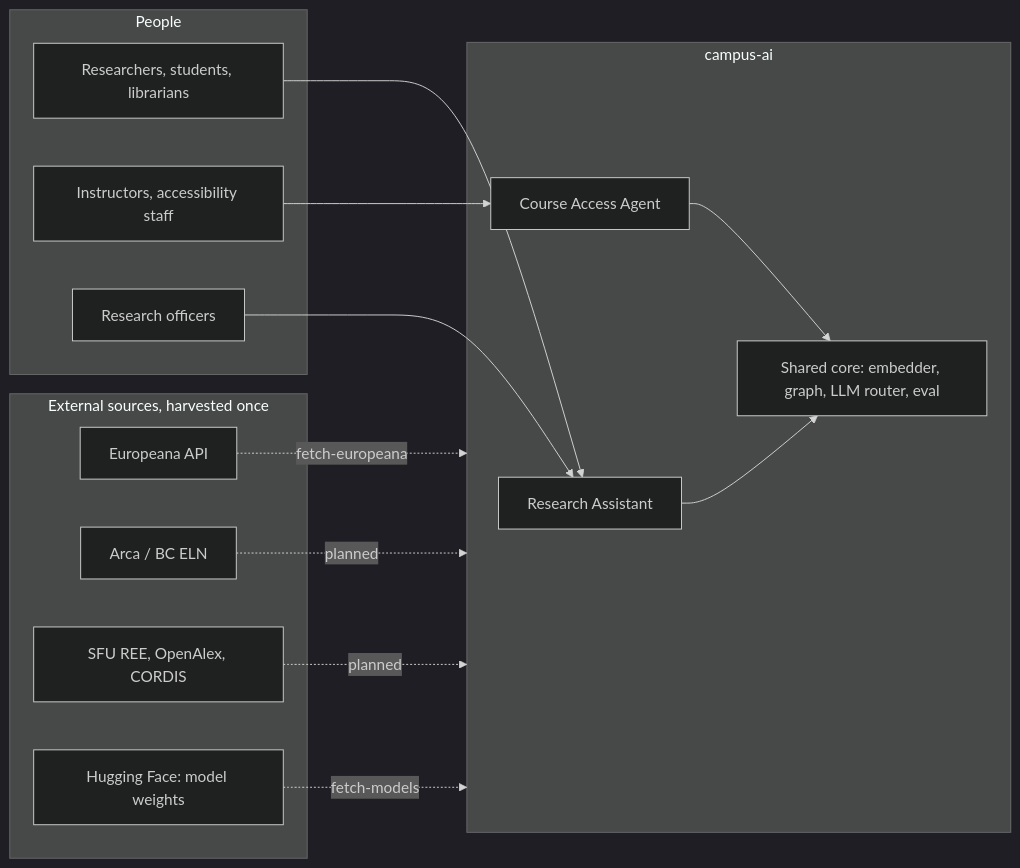
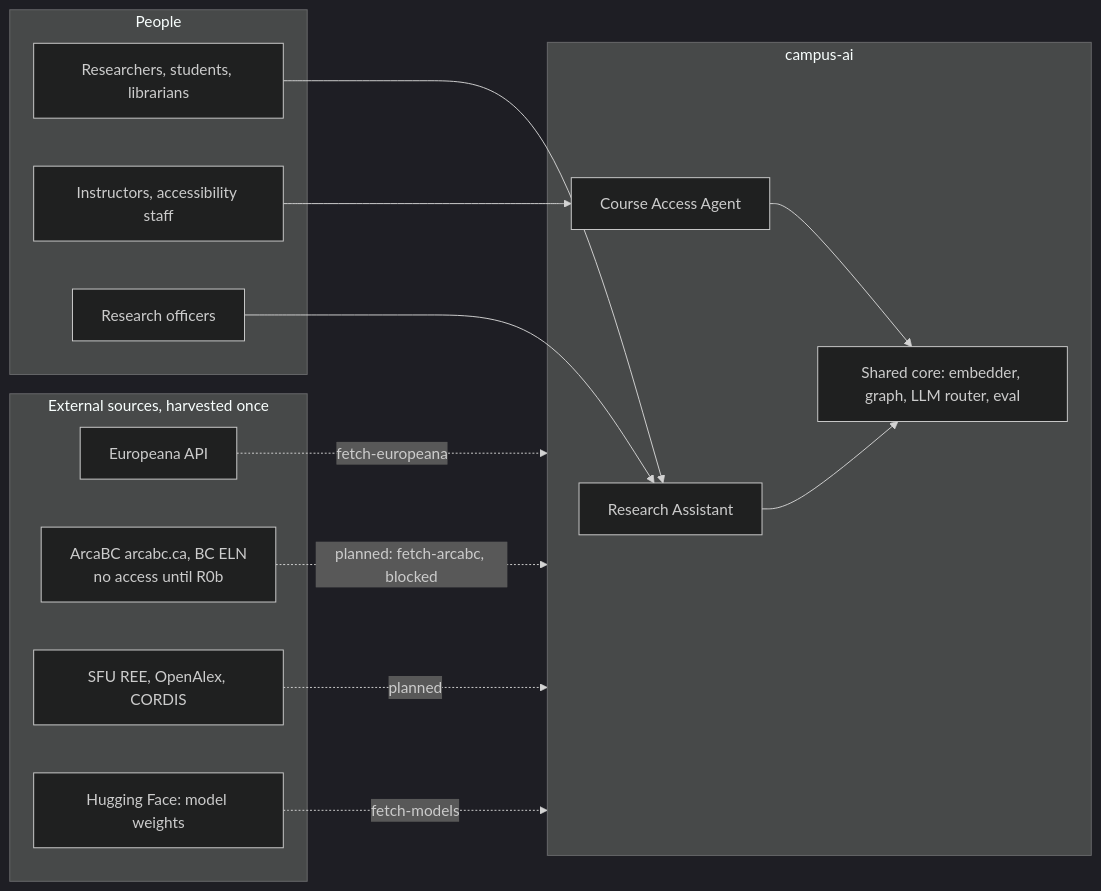
One commit to teamworxAI/campus-ai changed the first of 6 diagrams in docs/architecture.md. Above: the diagram before and after it, drawn with Mermaid (dark theme). The commit also changed other lines of this file and 5 other files, not shown here.

First line of the commit message:
Treat ArcaBC as one aggregated source, off limits until permission

````diff
--- a/docs/architecture.md
+++ b/docs/architecture.md
@@ -21,28 +21,28 @@
 ```mermaid
 flowchart LR
     subgraph users[People]
         R[Researchers, students, librarians]
         I[Instructors, accessibility staff]
         O[Research officers]
     end
     subgraph campus[campus-ai]
         RA[Research Assistant]
         CA[Course Access Agent]
         CORE[Shared core: embedder, graph, LLM router, eval]
     end
     subgraph sources[External sources, harvested once]
         EU[Europeana API]
-        ARCA[Arca / BC ELN]
+        ARCA[ArcaBC arcabc.ca, BC ELN<br/>no access until R0b]
         REE[SFU REE, OpenAlex, CORDIS]
         HF[Hugging Face: model weights]
     end
     R --> RA
     O --> RA
     I --> CA
     RA --> CORE
     CA --> CORE
     EU -. fetch-europeana .-> campus
     HF -. fetch-models .-> campus
-    ARCA -. planned .-> campus
+    ARCA -. planned: fetch-arcabc, blocked .-> campus
     REE -. planned .-> campus
 ```
````
